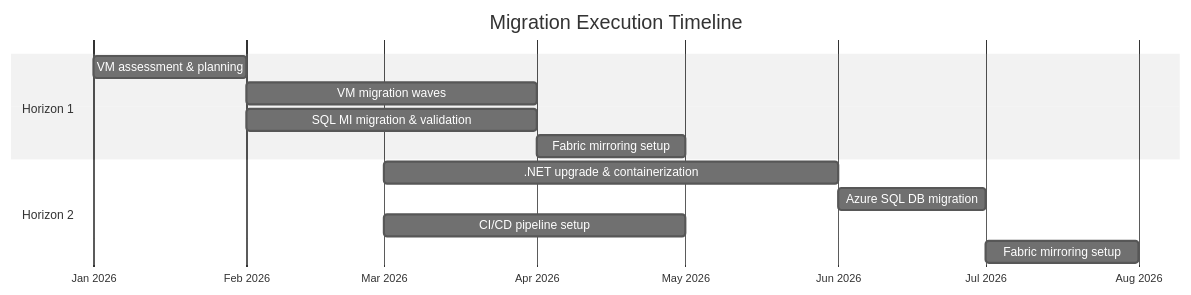
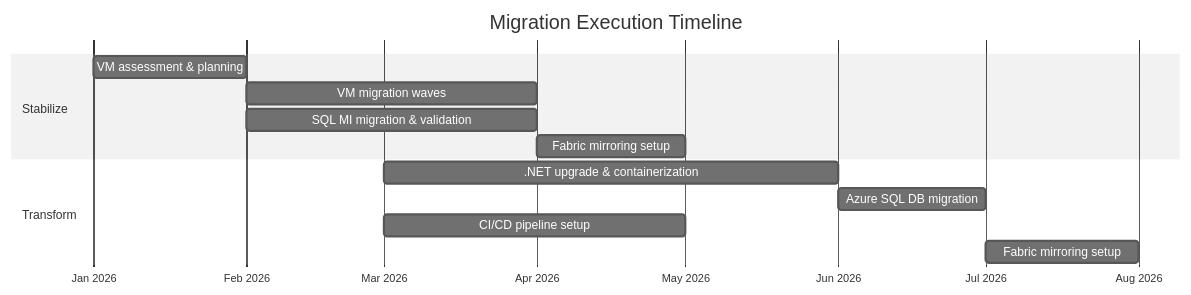
One commit to jonathan-vella/dc2fabric changed the first of 2 diagrams in site/src/content/docs/execution/index.md. Above: the diagram before and after it, drawn with Mermaid. The commit also changed other lines of this file and 17 other files, not shown here.

````diff
--- a/site/src/content/docs/execution/index.md
+++ b/site/src/content/docs/execution/index.md
@@ -28,17 +27,17 @@
 ```mermaid
 %%{init: {'theme':'neutral'}}%%
 gantt
   title Migration Execution Timeline
   dateFormat YYYY-MM
   axisFormat %b %Y
-  section Horizon 1
+   section Stabilize
     VM assessment & planning     :h1a, 2026-01, 1M
     VM migration waves           :h1b, after h1a, 2M
     SQL MI migration & validation:h1c, after h1a, 2M
     Fabric mirroring setup       :h1d, after h1c, 1M
-  section Horizon 2
+   section Transform
     .NET upgrade & containerization :h2a, 2026-03, 3M
     Azure SQL DB migration          :h2b, after h2a, 1M
     CI/CD pipeline setup            :h2c, 2026-03, 2M
     Fabric mirroring setup          :h2d, after h2b, 1M
 ```
````
